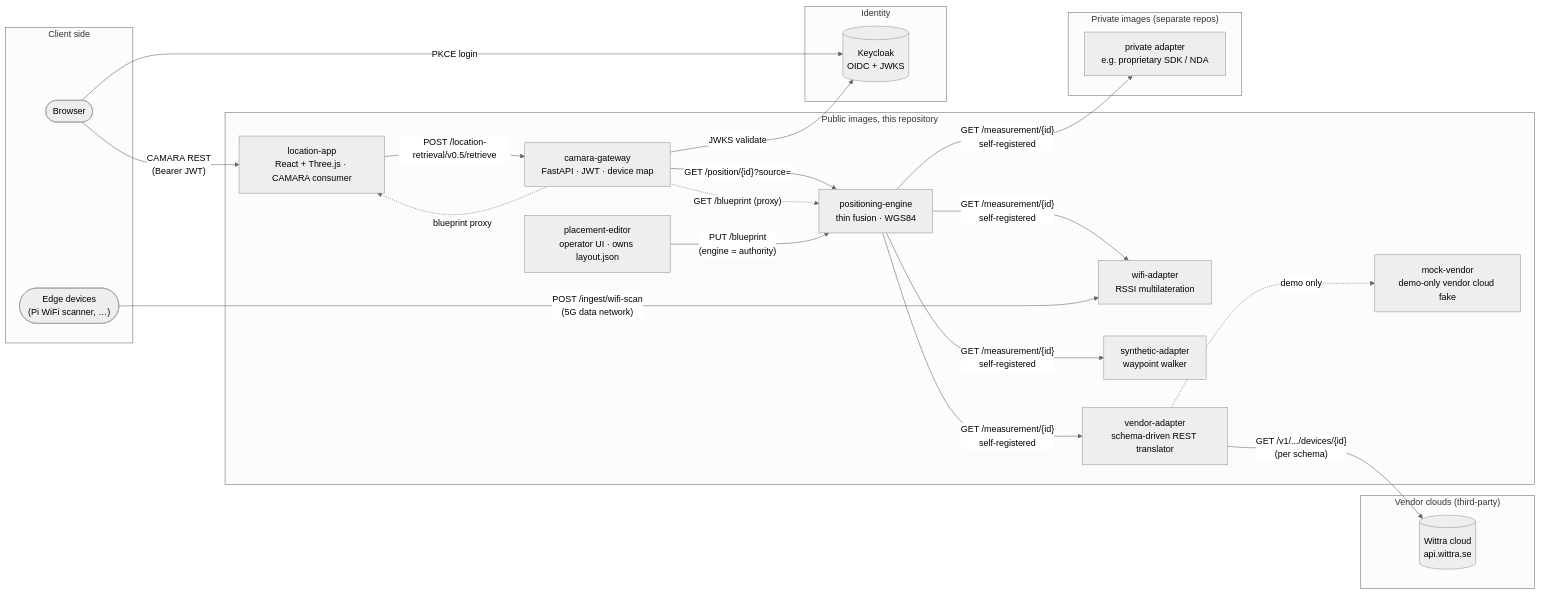
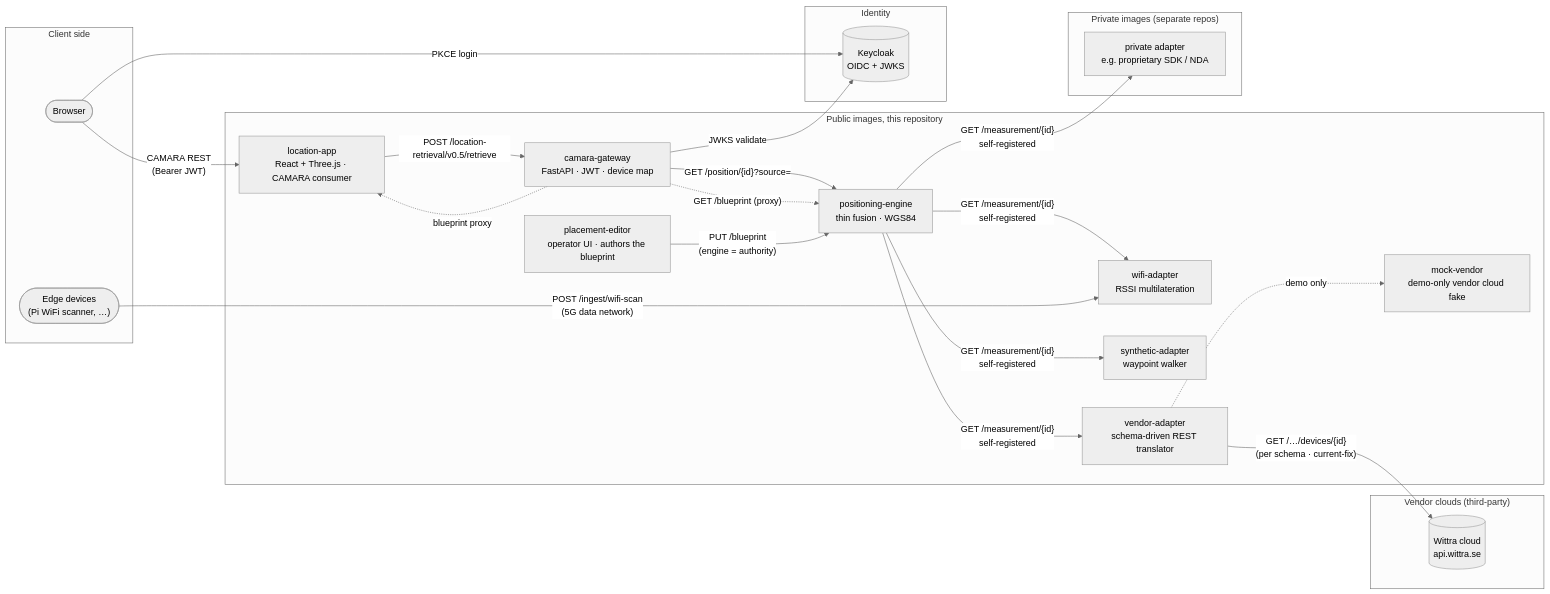
One commit to Jacobbista/5g-northbound changed the first of 5 diagrams in docs/architecture.md. Above: the diagram before and after it, drawn with Mermaid (neutral theme). The commit also changed other lines of this file and 11 other files, not shown here.

Commit message:
docs: core vocabulary, runtime contracts, WS subprotocol auth, pipeline diagram revalidation

````diff
--- a/docs/architecture.md
+++ b/docs/architecture.md
@@ -7,47 +7,47 @@
 ```mermaid
 flowchart LR
   subgraph client["Client side"]
     BR(["Browser"])
     EDGE(["Edge devices<br/>(Pi WiFi scanner, …)"])
   end
 
   subgraph public["Public images, this repository"]
     DEMO["location-app<br/>React + Three.js · CAMARA consumer"]
-    EDIT["placement-editor<br/>operator UI · owns layout.json"]
+    EDIT["placement-editor<br/>operator UI · authors the blueprint"]
     GW["camara-gateway<br/>FastAPI · JWT · device map"]
     ENG["positioning-engine<br/>thin fusion · WGS84"]
     WIFI["wifi-adapter<br/>RSSI multilateration"]
     MOCK["synthetic-adapter<br/>waypoint walker"]
     REST["vendor-adapter<br/>schema-driven REST translator"]
     MWIT["mock-vendor<br/>demo-only vendor cloud fake"]
   end
 
   subgraph private["Private images (separate repos)"]
     VENDOR["private adapter<br/>e.g. proprietary SDK / NDA"]
   end
 
   subgraph vendor_cloud["Vendor clouds (third-party)"]
     WITTRA[("Wittra cloud<br/>api.wittra.se")]
   end
 
   subgraph identity["Identity"]
     KC[("Keycloak<br/>OIDC + JWKS")]
   end
 
   BR -- "PKCE login" --> KC
   BR -- "CAMARA REST<br/>(Bearer JWT)" --> DEMO
   DEMO -- "POST /location-retrieval/v0.5/retrieve" --> GW
   GW -- "JWKS validate" --> KC
   GW -- "GET /position/{id}?source=" --> ENG
   GW -. "GET /blueprint (proxy)" .-> ENG
   ENG -- "GET /measurement/{id}<br/>self-registered" --> WIFI
   ENG -- "GET /measurement/{id}<br/>self-registered" --> MOCK
   ENG -- "GET /measurement/{id}<br/>self-registered" --> REST
   ENG -- "GET /measurement/{id}<br/>self-registered" --> VENDOR
-  REST -- "GET /v1/.../devices/{id}<br/>(per schema)" --> WITTRA
+  REST -- "GET /…/devices/{id}<br/>(per schema · current-fix)" --> WITTRA
   REST -. "demo only" .-> MWIT
   EDGE -- "POST /ingest/wifi-scan<br/>(5G data network)" --> WIFI
 
   EDIT -- "PUT /blueprint<br/>(engine = authority)" --> ENG
   GW -. "blueprint proxy" .-> DEMO
 ```
````
